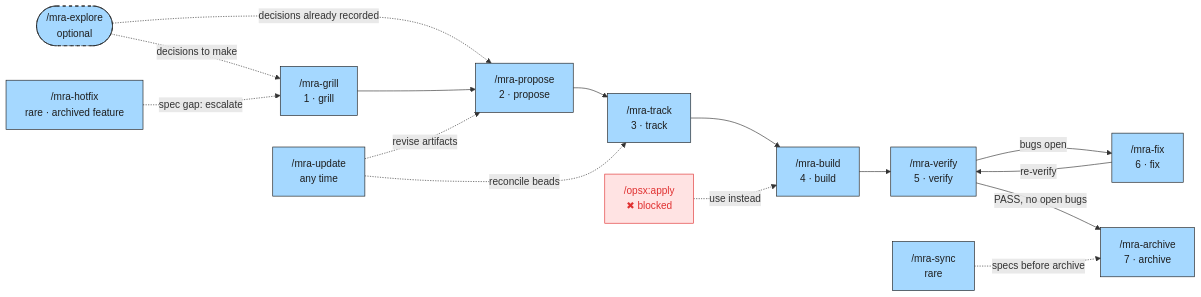
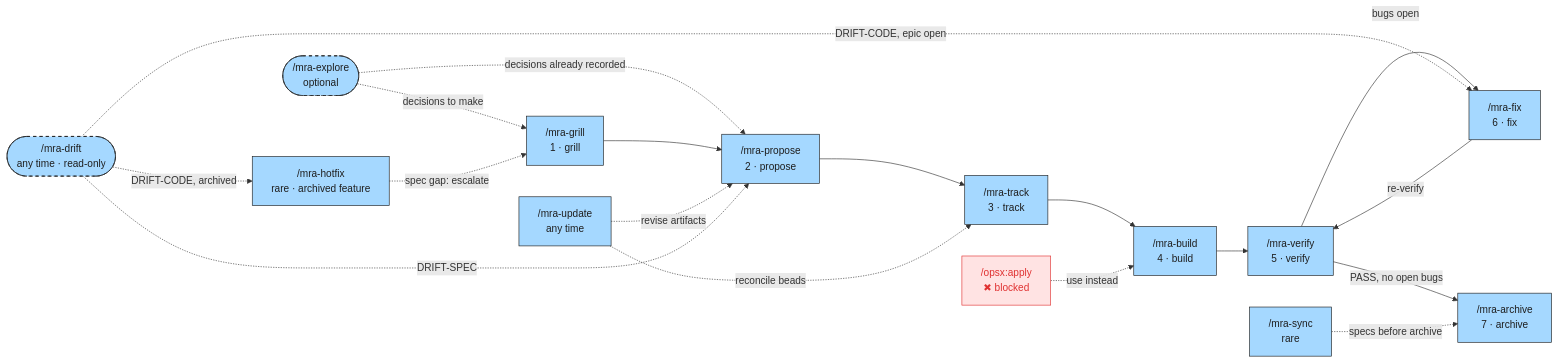
One commit to Ancora-Ancora/mra-flow changed the first of 5 diagrams in payload/orchestrator/.mra-flow/docs/mra-flow.md. Above: the diagram before and after it, drawn with Mermaid. The commit also changed other lines of this file and 4 other files, not shown here.

First line of the commit message:
Add mra-drift: spec-vs-code drift detection, read-only, any time

````diff
--- a/payload/orchestrator/.mra-flow/docs/mra-flow.md
+++ b/payload/orchestrator/.mra-flow/docs/mra-flow.md
@@ -9,31 +9,35 @@
 ```mermaid
 flowchart LR
     classDef phase fill:#a5d8ff,stroke:#1e1e1e,color:#1e1e1e
     classDef optional fill:#a5d8ff,stroke:#1e1e1e,stroke-dasharray:5 5,color:#1e1e1e
     classDef blocked fill:#ffe3e3,stroke:#e03131,color:#e03131
 
     explore(["/mra-explore<br/>optional"]):::optional
     grill["/mra-grill<br/>1 · grill"]:::phase
     propose["/mra-propose<br/>2 · propose"]:::phase
     track["/mra-track<br/>3 · track"]:::phase
     build["/mra-build<br/>4 · build"]:::phase
     verify["/mra-verify<br/>5 · verify"]:::phase
     fix["/mra-fix<br/>6 · fix"]:::phase
     archive["/mra-archive<br/>7 · archive"]:::phase
     update["/mra-update<br/>any time"]:::phase
     sync["/mra-sync<br/>rare"]:::phase
     hotfix["/mra-hotfix<br/>rare · archived feature"]:::phase
+    drift(["/mra-drift<br/>any time · read-only"]):::optional
     apply["/opsx:apply<br/>✖ blocked"]:::blocked
 
     explore -. decisions to make .-> grill
     explore -. decisions already recorded .-> propose
     grill --> propose --> track --> build --> verify
     verify -- bugs open --> fix
     fix -- re-verify --> verify
     verify -- "PASS, no open bugs" --> archive
     update -. revise artifacts .-> propose
     update -. reconcile beads .-> track
     sync -. specs before archive .-> archive
     hotfix -. spec gap: escalate .-> grill
+    drift -. DRIFT-SPEC .-> propose
+    drift -. DRIFT-CODE, epic open .-> fix
+    drift -. DRIFT-CODE, archived .-> hotfix
     apply -. use instead .-> build
 ```
````
